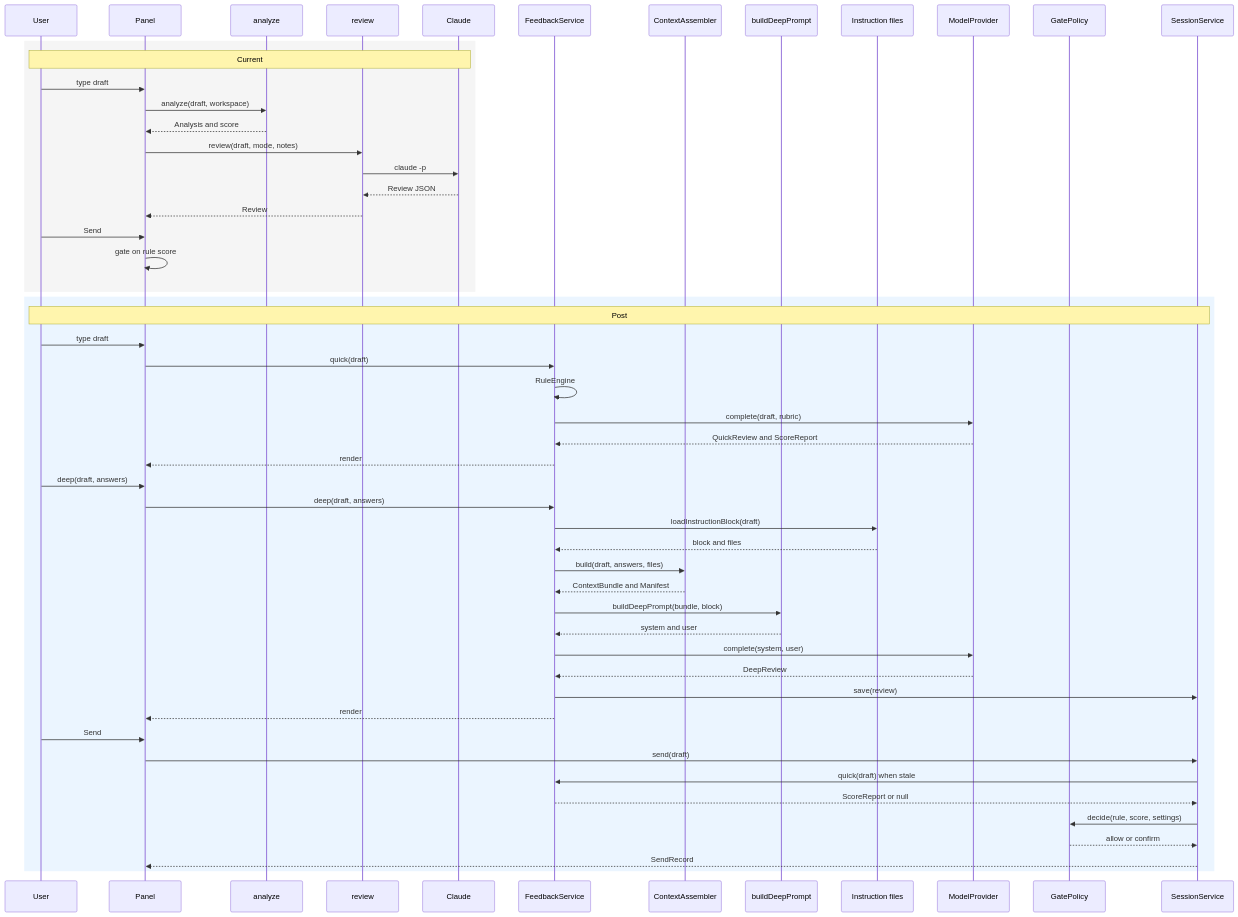
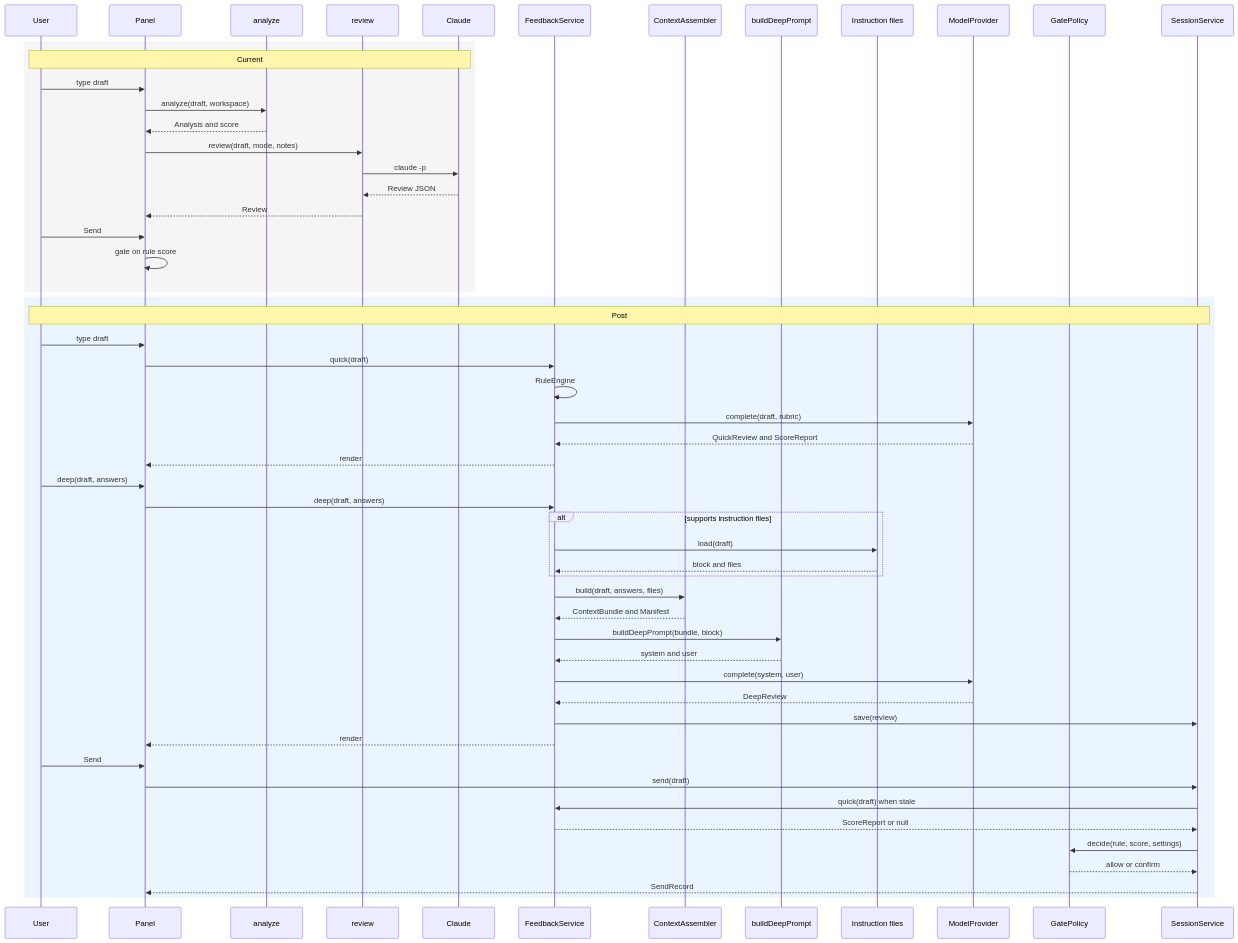
The third of 4 diagrams in docs/LLD.md (Diekgbbtt/Preflight), drawn with Mermaid before and after one commit.

Commit message:
Show instruction capability gate in LLD sequence

````diff
--- a/docs/LLD.md
+++ b/docs/LLD.md
@@ -76,55 +76,57 @@
 ```mermaid
 sequenceDiagram
   participant U as User
   participant P as Panel
   participant A as analyze
   participant R as review
   participant C as Claude
   participant F as FeedbackService
   participant X as ContextAssembler
   participant D as buildDeepPrompt
   participant I as Instruction files
   participant M as ModelProvider
   participant G as GatePolicy
   participant S as SessionService
   rect rgb(245,245,245)
     Note over U,C: Current
     U->>P: type draft
     P->>A: analyze(draft, workspace)
     A-->>P: Analysis and score
     P->>R: review(draft, mode, notes)
     R->>C: claude -p
     C-->>R: Review JSON
     R-->>P: Review
     U->>P: Send
     P->>P: gate on rule score
   end
   rect rgb(235,245,255)
     Note over U,S: Post
     U->>P: type draft
     P->>F: quick(draft)
     F->>F: RuleEngine
     F->>M: complete(draft, rubric)
     M-->>F: QuickReview and ScoreReport
     F-->>P: render
     U->>P: deep(draft, answers)
     P->>F: deep(draft, answers)
-    F->>I: loadInstructionBlock(draft)
-    I-->>F: block and files
+    alt supports instruction files
+      F->>I: load(draft)
+      I-->>F: block and files
+    end
     F->>X: build(draft, answers, files)
     X-->>F: ContextBundle and Manifest
     F->>D: buildDeepPrompt(bundle, block)
     D-->>F: system and user
     F->>M: complete(system, user)
     M-->>F: DeepReview
     F->>S: save(review)
     F-->>P: render
     U->>P: Send
     P->>S: send(draft)
     S->>F: quick(draft) when stale
     F-->>S: ScoreReport or null
     S->>G: decide(rule, score, settings)
     G-->>S: allow or confirm
     S-->>P: SendRecord
   end
 ```
````
